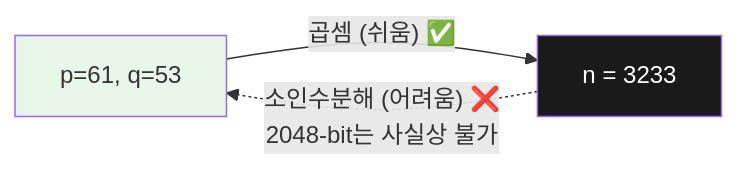
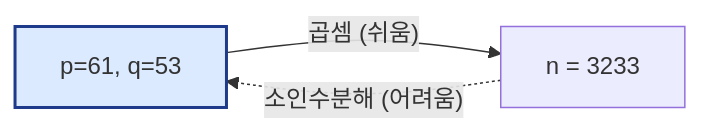
Before and after one commit to KMUTMU/information-security: the fourth of 6 diagrams in 06_공개키암호_정리.md, drawn with Mermaid. The commit also changed other lines of this file and 5 other files, not shown here.

Commit message:
Mermaid 다이어그램 가독성 개선: 짧은 라벨·이모지 제거·색상 최소화

````diff
--- a/06_공개키암호_정리.md
+++ b/06_공개키암호_정리.md
@@ -103,7 +102,7 @@
 ```mermaid
 flowchart LR
-    PQ["p=61, q=53"] -->|"곱셈 (쉬움) ✅"| N["n = 3233"]
-    N -.->|"소인수분해 (어려움) ❌<br/>2048-bit는 사실상 불가"| PQ
-    style PQ fill:#e8f5e9
-    style N fill:#1a1a1a,color:#fff
+    PQ["p=61, q=53"] -->|"곱셈 (쉬움)"| N["n = 3233"]
+    N -.->|"소인수분해 (어려움)"| PQ
+    classDef key fill:#dbeafe,stroke:#1e3a8a,stroke-width:2px
+    class PQ key
 ```
````
